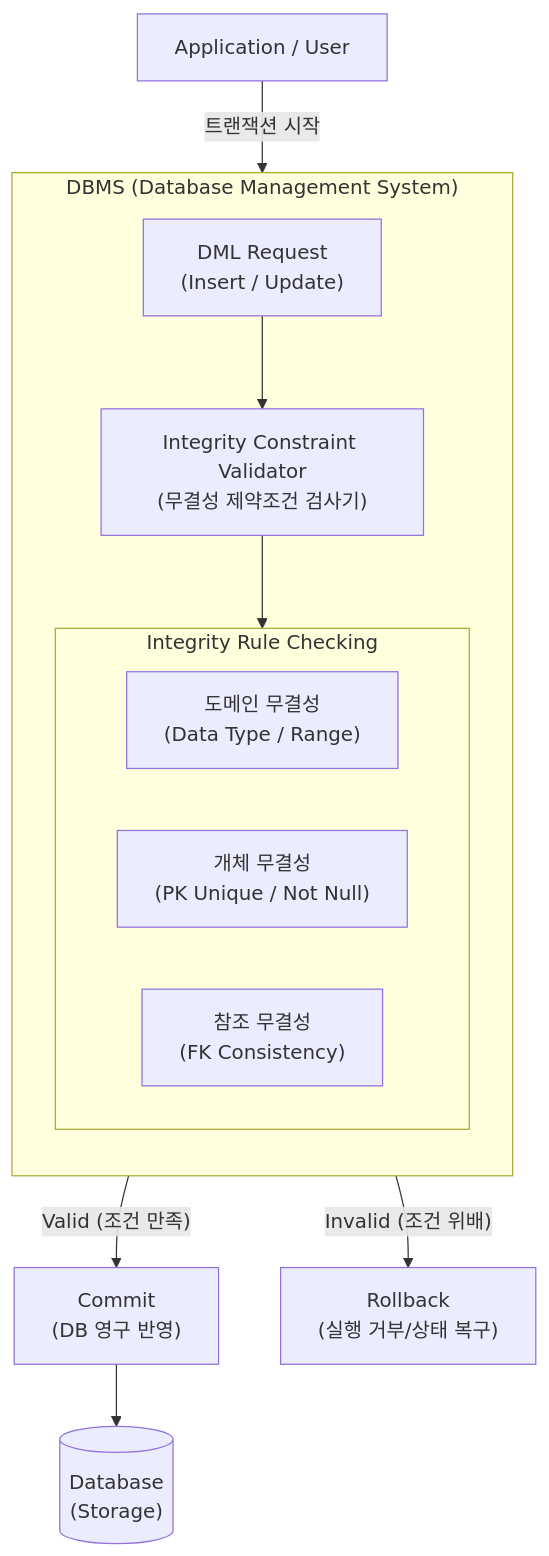
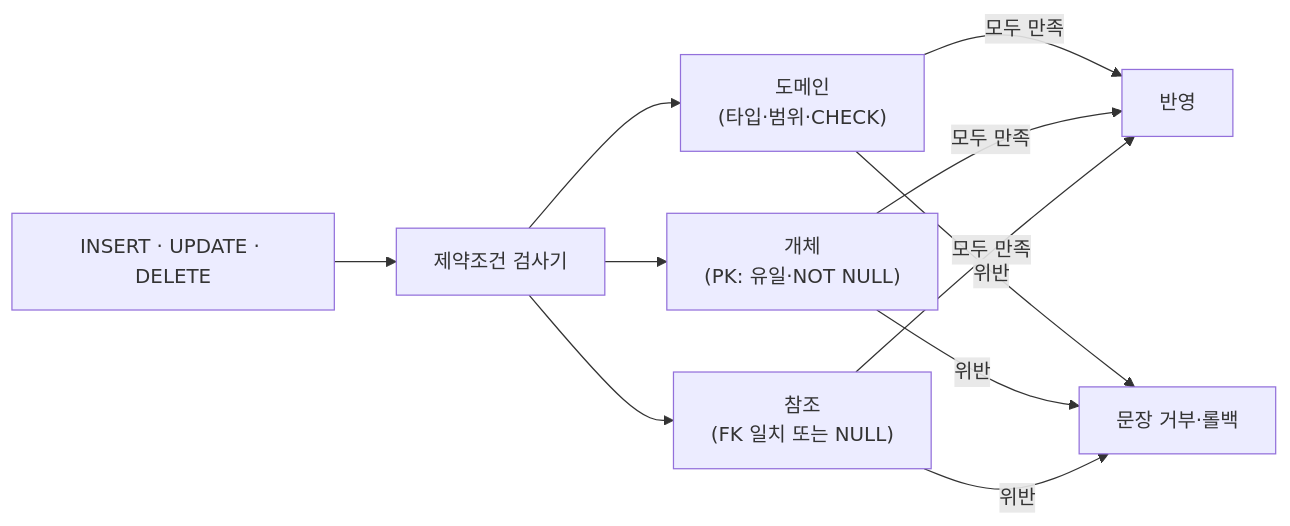
Before and after one commit to supremethumb/supremethumb.github.io: the diagram in content/01_IT Tech/데이터베이스 무결성.md, drawn with Mermaid. The commit also changed other lines of this file and 1087 other files, not shown here.

````diff
--- a/content/01_IT Tech/데이터베이스 무결성.md
+++ b/content/01_IT Tech/데이터베이스 무결성.md
@@ -23,30 +35,9 @@
 ```mermaid
-flowchart TB
-    User["Application / User"]
-    
-    subgraph DBMS["DBMS (Database Management System)"]
-        direction TB
-        DML["DML Request<br/>(Insert / Update)"]
-        IC["Integrity Constraint Validator<br/>(무결성 제약조건 검사기)"]
-        
-        subgraph Rules["Integrity Rule Checking"]
-            direction LR
-            Domain["도메인 무결성<br/>(Data Type / Range)"]
-            Entity["개체 무결성<br/>(PK Unique / Not Null)"]
-            Ref["참조 무결성<br/>(FK Consistency)"]
-        end
-        
-        DML --> IC
-        IC --> Rules
-    end
-    
-    DB[("Database<br/>(Storage)")]
-    Commit["Commit<br/>(DB 영구 반영)"]
-    Rollback["Rollback<br/>(실행 거부/상태 복구)"]
-
-    User -- "트랜잭션 시작" --> DML
-    Rules -- "Valid (조건 만족)" --> Commit
-    Rules -- "Invalid (조건 위배)" --> Rollback
-    Commit --> DB
-
+flowchart LR
+    U["INSERT · UPDATE · DELETE"] --> V["제약조건 검사기"]
+    V --> D["도메인<br/>(타입·범위·CHECK)"]
+    V --> E["개체<br/>(PK: 유일·NOT NULL)"]
+    V --> R["참조<br/>(FK 일치 또는 NULL)"]
+    D & E & R -->|"모두 만족"| OK["반영"]
+    D & E & R -->|"위반"| NG["문장 거부·롤백"]
 ```
````
